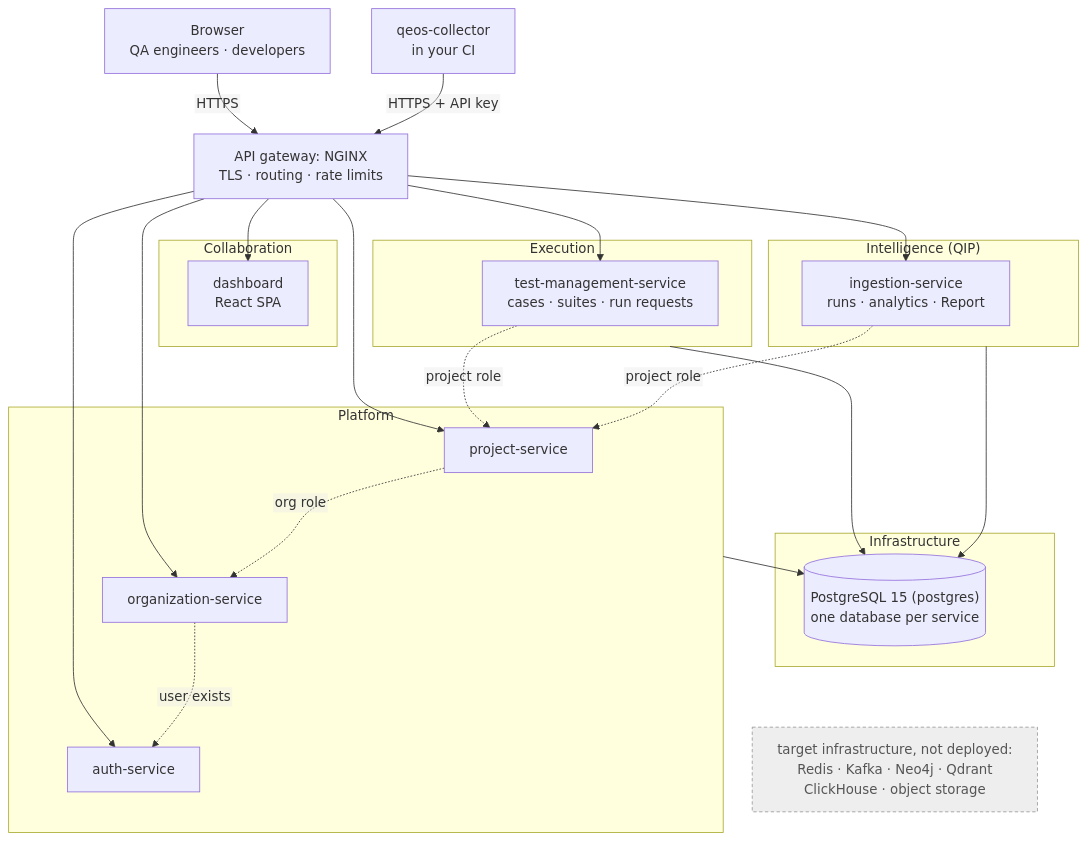
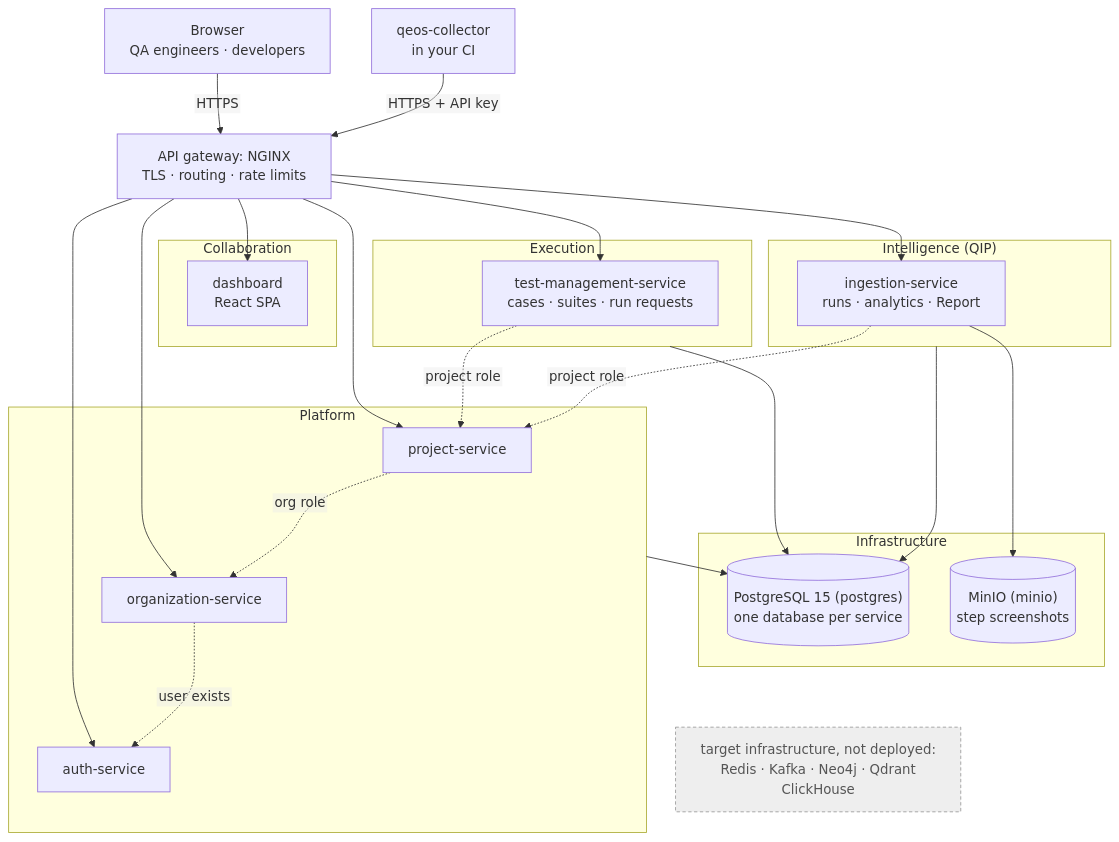
One commit to atriis/Atriis.QEOS changed the first of 2 diagrams in README.md. Above: the diagram before and after it, drawn with Mermaid. The commit also changed other lines of this file and 14 other files, not shown here.

Commit message:
feat(ingestion): artifact storage on MinIO for screenshots (ADR-036)

````diff
--- a/README.md
+++ b/README.md
@@ -117,44 +117,46 @@
 ```mermaid
 %%{init: {"flowchart": {"htmlLabels": false, "wrappingWidth": 400}}}%%
 flowchart TB
     Browser["Browser<br/>QA engineers · developers"]
     COL["qeos-collector<br/>in your CI"]
     GW["API gateway: NGINX<br/>TLS · routing · rate limits"]
     Browser -->|HTTPS| GW
     COL -->|HTTPS + API key| GW
 
     subgraph COLLAB["Collaboration"]
         DASH["dashboard<br/>React SPA"]
     end
     subgraph EXEC["Execution"]
         TM["test-management-service<br/>cases · suites · run requests"]
     end
     subgraph QIP["Intelligence (QIP)"]
         ING["ingestion-service<br/>runs · analytics · Report"]
     end
     subgraph PLAT["Platform"]
         PROJ[project-service]
         ORG[organization-service]
         AUTH[auth-service]
     end
     GW --> DASH
     GW --> TM
     GW --> ING
     GW --> PROJ
     GW --> ORG
     GW --> AUTH
     TM -.->|project role| PROJ
     ING -.->|project role| PROJ
     PROJ -.->|org role| ORG
     ORG -.->|user exists| AUTH
 
     subgraph INFRA["Infrastructure"]
         PG[("PostgreSQL 15 (postgres)<br/>one database per service")]
+        OBJ[("MinIO (minio)<br/>step screenshots")]
     end
     EXEC & QIP & PLAT --> PG
-    TARGET["target infrastructure, not deployed:<br/>Redis · Kafka · Neo4j · Qdrant<br/>ClickHouse · object storage"]
+    ING --> OBJ
+    TARGET["target infrastructure, not deployed:<br/>Redis · Kafka · Neo4j · Qdrant<br/>ClickHouse"]
     PG ~~~ TARGET
 
     classDef target fill:#eee,stroke:#999,stroke-dasharray:4 3,color:#555
     class TARGET target
 ```
````
